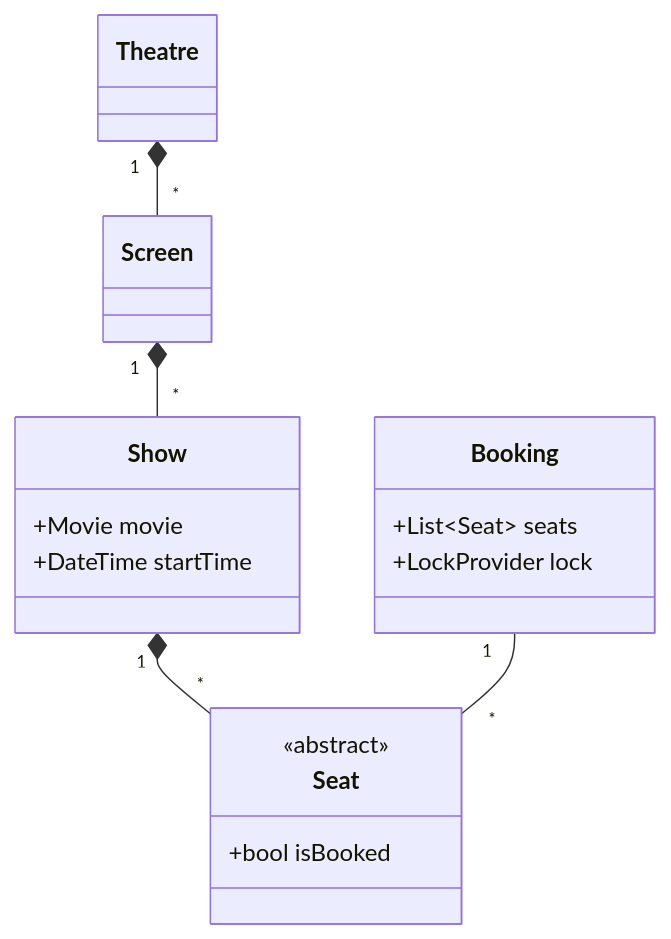
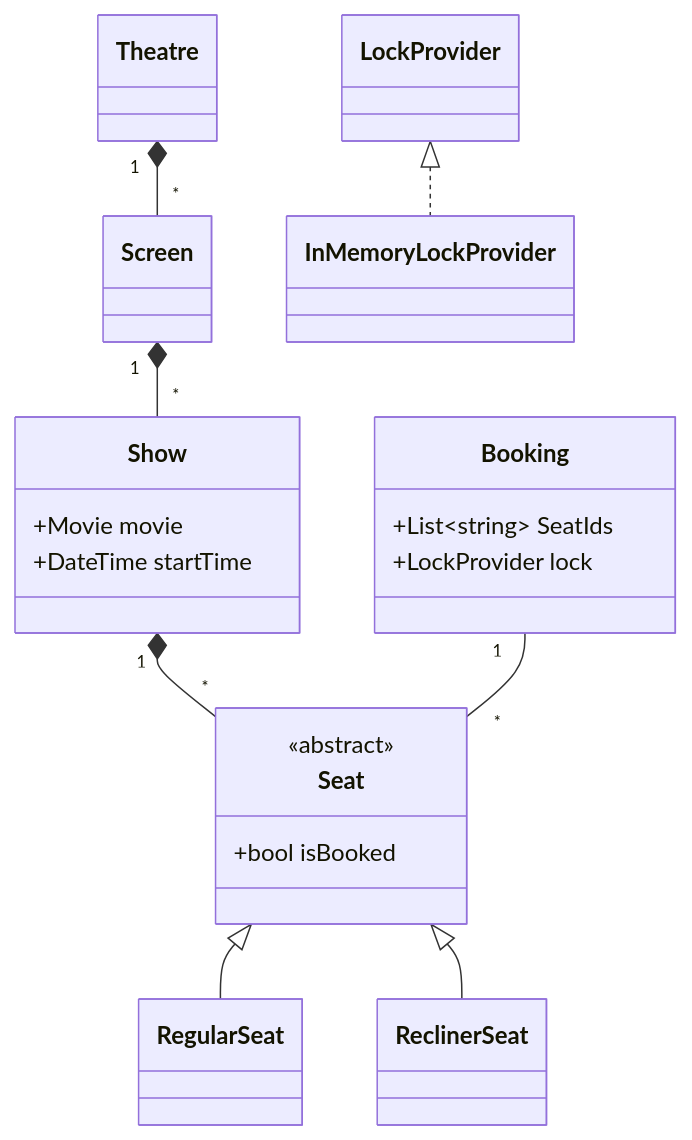
Before and after one commit to shanrastogi/Csharp-LLD-Practice: the second of 8 diagrams in c_lld_revision_notes.md, drawn with Mermaid. The commit also changed other lines of this file, not shown here.

````diff
--- a/c_lld_revision_notes.md
+++ b/c_lld_revision_notes.md
@@ -51,21 +76,28 @@
 ```mermaid
 classDiagram
     class Theatre
     class Screen
     class Show {
         +Movie movie
         +DateTime startTime
     }
     class Seat {
         <<abstract>>
         +bool isBooked
     }
+    class RegularSeat
+    class ReclinerSeat
     class Booking {
-        +List~Seat~ seats
+        +List~string~ SeatIds
         +LockProvider lock
     }
+    class LockProvider
+
     Theatre "1" *-- "*" Screen
     Screen "1" *-- "*" Show
     Show "1" *-- "*" Seat
+    Seat <|-- RegularSeat
+    Seat <|-- ReclinerSeat
     Booking "1" -- "*" Seat
-```
+    LockProvider <|.. InMemoryLockProvider
+``` 
````
